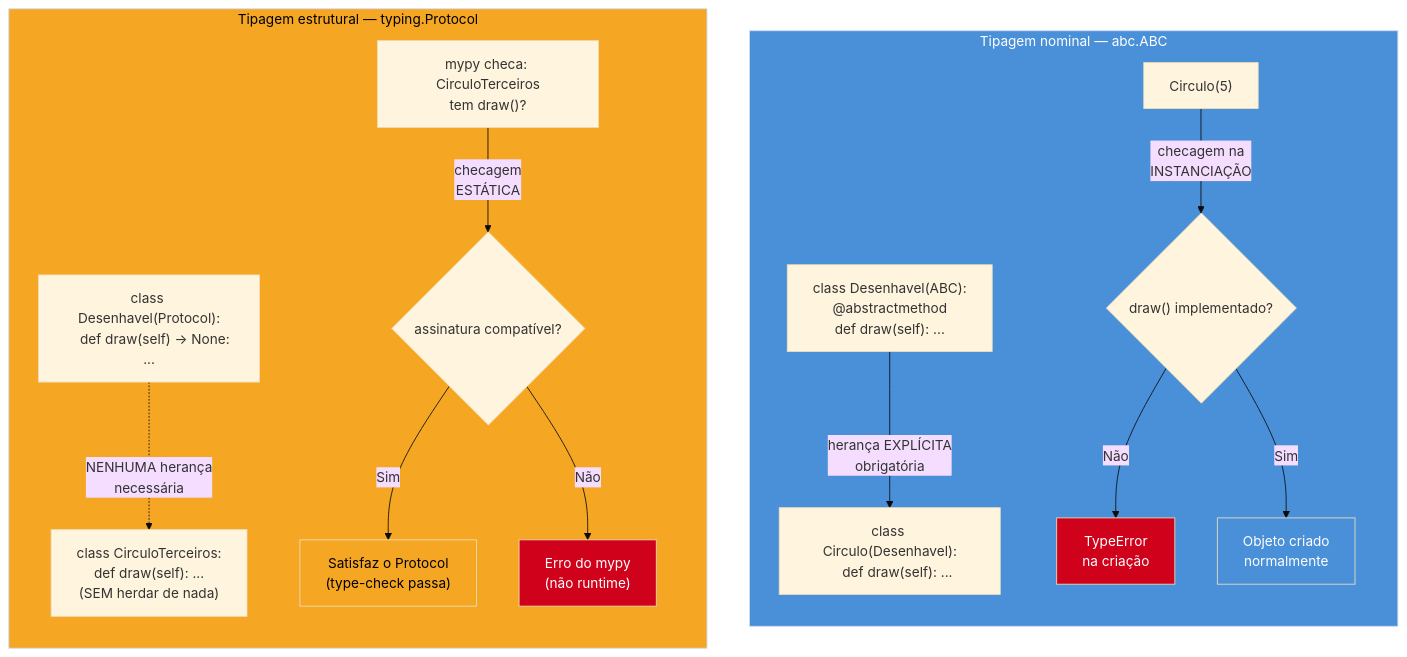
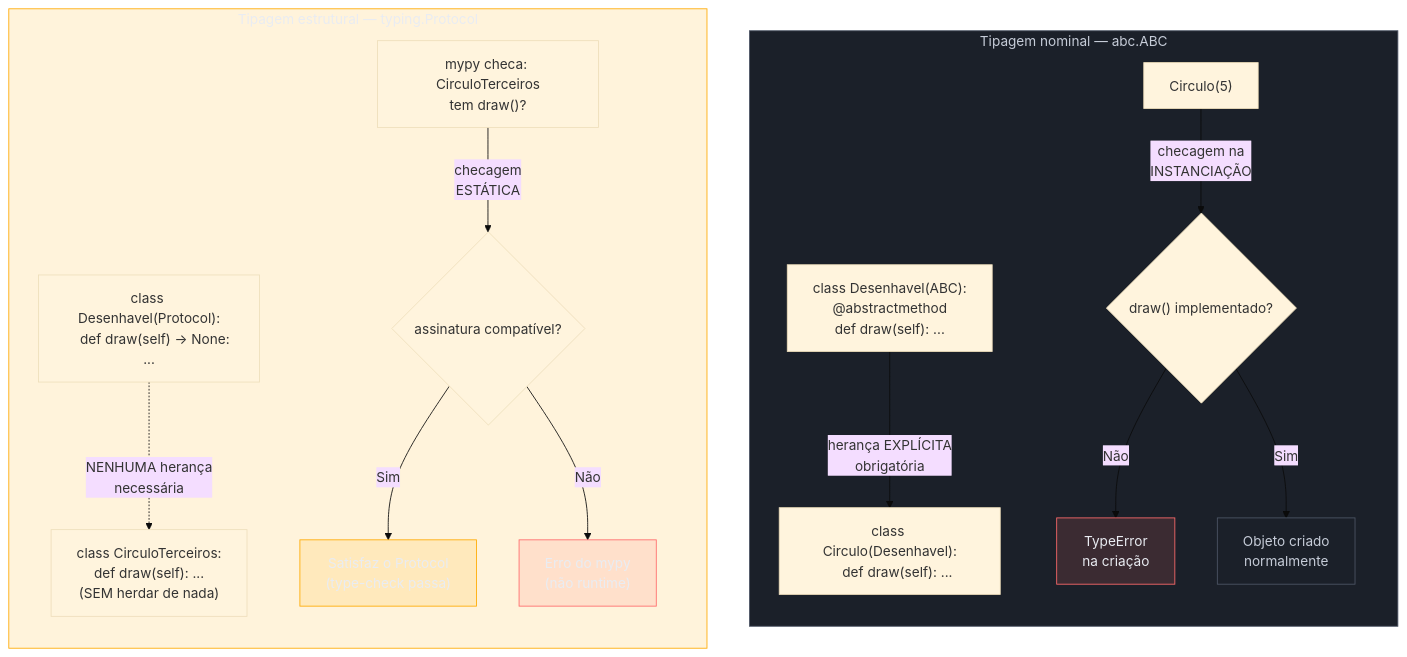
One commit to josenaldo/codex-technomanticus changed the first of 2 diagrams in 03-Dominios/Tecnologia/Python/OO e Data Model/06 - ABC e Protocol — tipagem estrutural.md. Above: the diagram before and after it, drawn with Mermaid (base theme). The commit also changed other lines of this file and 1181 other files, not shown here.

First line of the commit message:
fix(diagramas): paleta do sistema no lugar de cor cravada no markdown

````diff
--- a/03-Dominios/Tecnologia/Python/OO e Data Model/06 - ABC e Protocol — tipagem estrutural.md
+++ b/03-Dominios/Tecnologia/Python/OO e Data Model/06 - ABC e Protocol — tipagem estrutural.md
@@ -156,29 +156,32 @@
 ```mermaid
 flowchart TB
+    classDef neutro fill:#1B2029,stroke:#4E5666,color:#C6CCD8
+    classDef destaque fill:#FFAA0024,stroke:#FFAA00,color:#E9ECF2
+    classDef falha fill:#FF6B6B24,stroke:#FF6B6B,color:#E9ECF2
     subgraph Nominal["Tipagem nominal — abc.ABC"]
         direction TB
         A1["class Desenhavel(ABC):\n    @abstractmethod\n    def draw(self): ..."]
         A2["class Circulo(Desenhavel):\n    def draw(self): ..."]
         A1 -->|"herança EXPLÍCITA\nobrigatória"| A2
         A3["Circulo(5)"] -->|"checagem na\nINSTANCIAÇÃO"| A4{"draw() implementado?"}
         A4 -- Não --> A5["TypeError\nna criação"]
         A4 -- Sim --> A6["Objeto criado\nnormalmente"]
     end
 
     subgraph Estrutural["Tipagem estrutural — typing.Protocol"]
         direction TB
         B1["class Desenhavel(Protocol):\n    def draw(self) -> None: ..."]
         B2["class CirculoTerceiros:\n    def draw(self): ...\n(SEM herdar de nada)"]
         B1 -.->|"NENHUMA herança\nnecessária"| B2
         B3["mypy checa: CirculoTerceiros\ntem draw()?"] -->|"checagem\nESTÁTICA"| B4{"assinatura compatível?"}
         B4 -- Sim --> B5["Satisfaz o Protocol\n(type-check passa)"]
         B4 -- Não --> B6["Erro do mypy\n(não runtime)"]
     end
 
-    style Nominal fill:#4A90D9,color:#fff
-    style Estrutural fill:#F5A623,color:#000
-    style A5 fill:#D0021B,color:#fff
-    style B6 fill:#D0021B,color:#fff
-    style A6 fill:#4A90D9,color:#fff
-    style B5 fill:#F5A623,color:#000
+    class Nominal neutro
+    class Estrutural destaque
+    class A5 falha
+    class B6 falha
+    class A6 neutro
+    class B5 destaque
 ```
````
